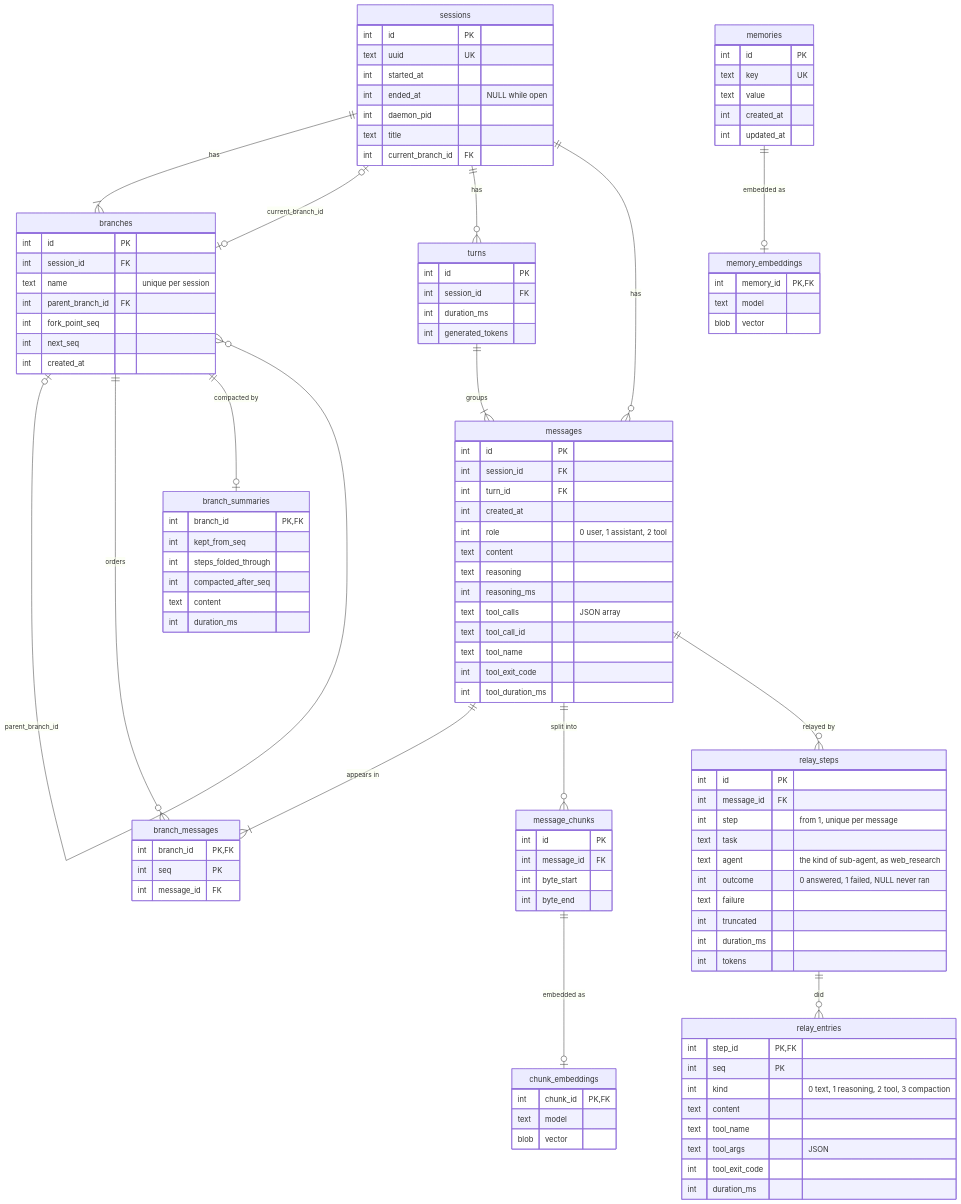
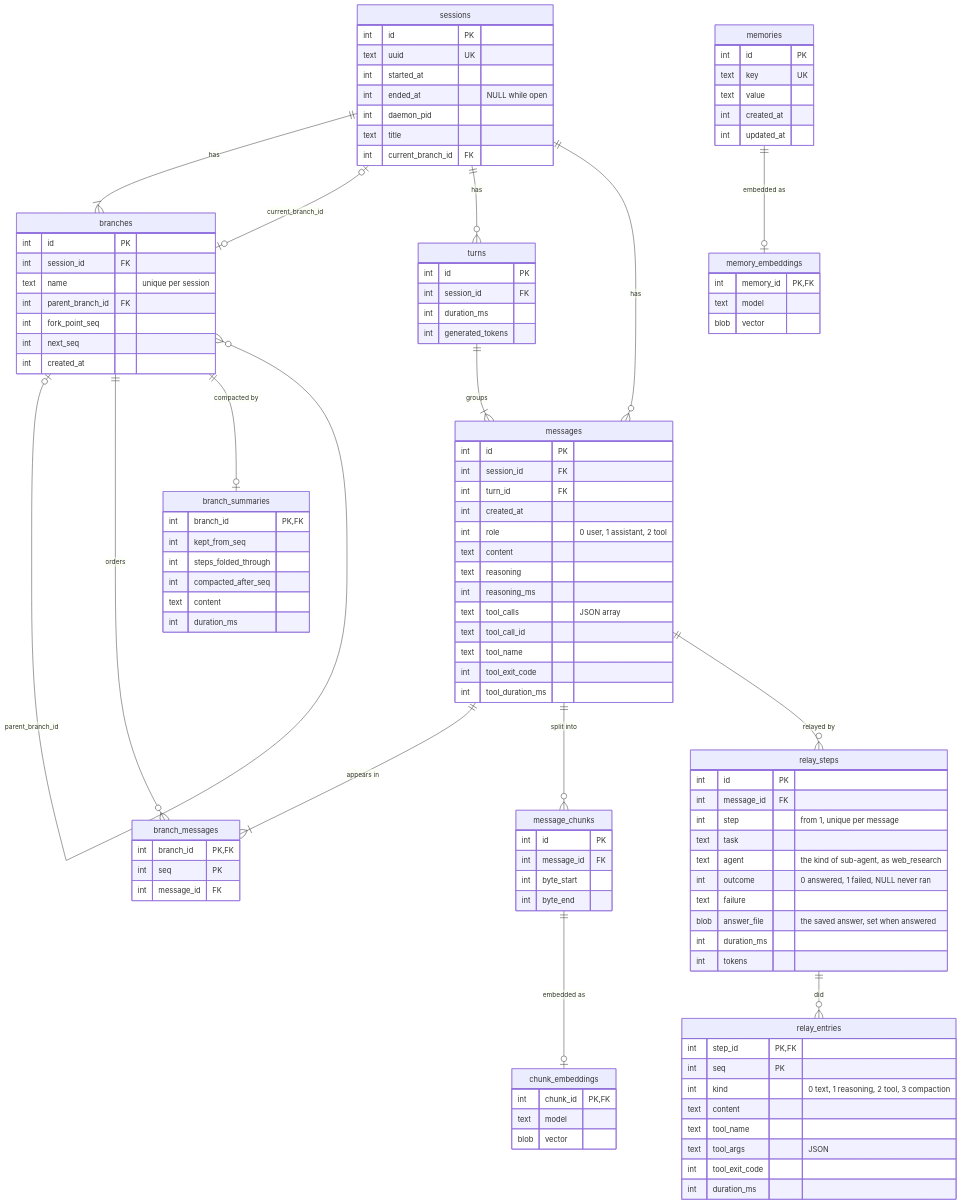
Before and after one commit to gnolruf/assistd: the diagram in docs/database.md, drawn with Mermaid. The commit also changed 23 other files, not shown here.

```diff
--- a/docs/database.md
+++ b/docs/database.md
@@ -85,7 +85,7 @@
         text agent "the kind of sub-agent, as web_research"
         int outcome "0 answered, 1 failed, NULL never ran"
         text failure
-        int truncated
+        blob answer_file "the saved answer, set when answered"
         int duration_ms
         int tokens
     }
```
